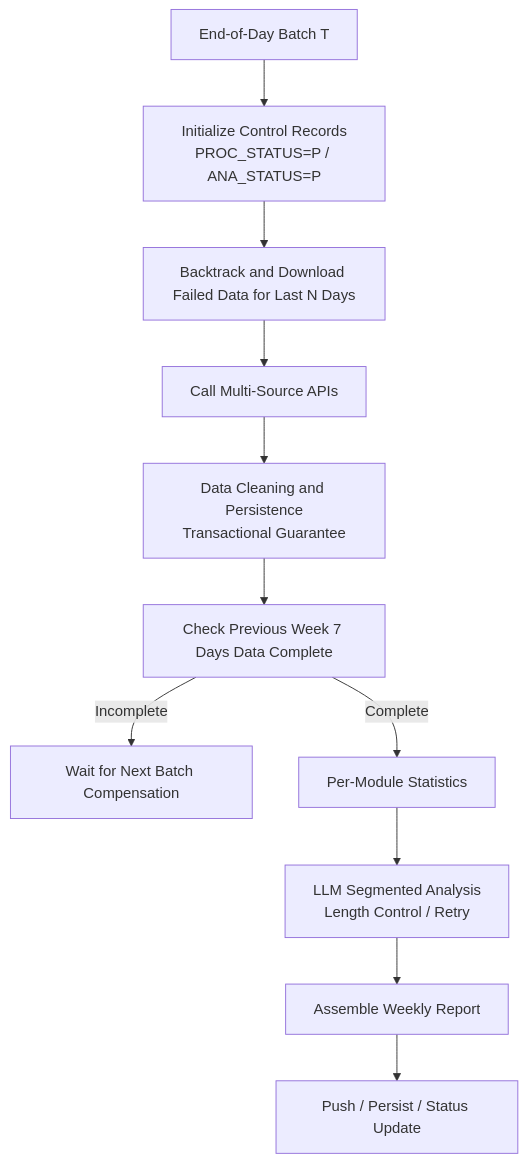
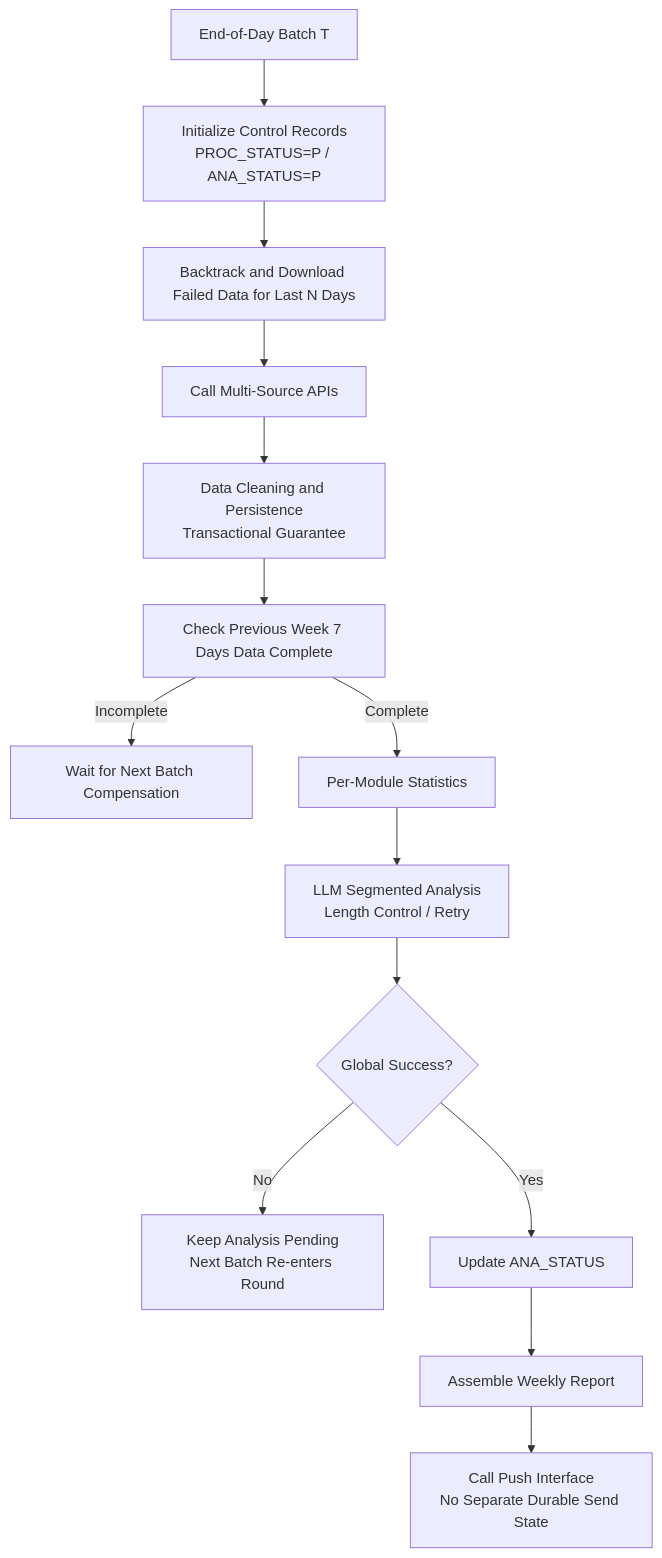
One commit to PorunC/interview changed diagram 12 of 20 in 问题/05-英文面试/三项目与Agent系统设计-英文.md. Above: the diagram before and after it, drawn with Mermaid. The commit also changed other lines of this file and 27 other files, not shown here.

````diff
--- a/问题/05-英文面试/三项目与Agent系统设计-英文.md
+++ b/问题/05-英文面试/三项目与Agent系统设计-英文.md
@@ -488,13 +495,16 @@
 ```mermaid
 flowchart TD
     D["End-of-Day Batch T"] --> Init["Initialize Control Records<br/>PROC_STATUS=P / ANA_STATUS=P"]
     Init --> Fetch["Backtrack and Download Failed Data for Last N Days"]
     Fetch --> API["Call Multi-Source APIs"]
     API --> DB["Data Cleaning and Persistence<br/>Transactional Guarantee"]
     DB --> Check["Check Previous Week 7 Days Data Complete"]
     Check -- Incomplete --> Stop["Wait for Next Batch Compensation"]
     Check -- Complete --> Modules["Per-Module Statistics"]
     Modules --> LLM["LLM Segmented Analysis<br/>Length Control / Retry"]
-    LLM --> Assemble["Assemble Weekly Report"]
-    Assemble --> Push["Push / Persist / Status Update"]
+    LLM --> Gate{"Global Success?"}
+    Gate -- No --> Next["Keep Analysis Pending<br/>Next Batch Re-enters Round"]
+    Gate -- Yes --> Status["Update ANA_STATUS"]
+    Status --> Assemble["Assemble Weekly Report"]
+    Assemble --> Push["Call Push Interface<br/>No Separate Durable Send State"]
 ```
````
